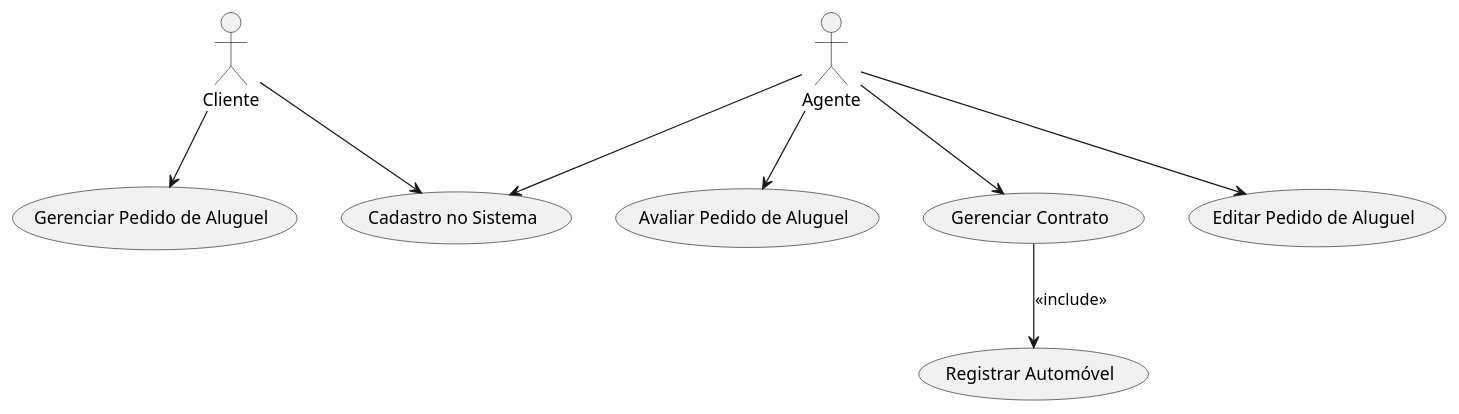
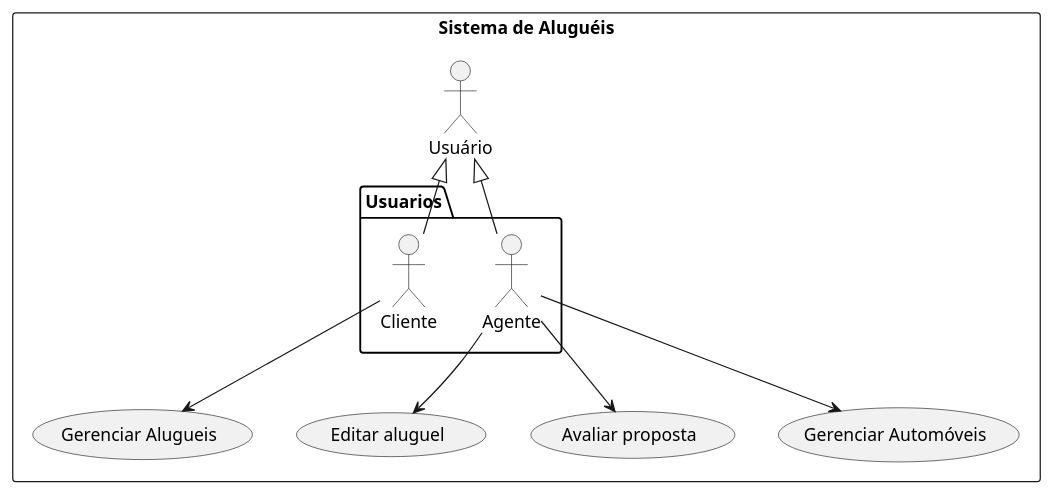
Before and after one commit to Artureba/Lab02_LDS: the diagram in Lab02-Desenv-Software/projeto/Caso de Uso/Caso_de_Uso.puml, drawn with PlantUML. The commit also changed 1 other file, not shown here.

Commit message:
Atualização Caso de uso e Diagrama de Classe

```diff
--- a/Lab02-Desenv-Software/projeto/Caso de Uso/Caso_de_Uso.puml
+++ b/Lab02-Desenv-Software/projeto/Caso de Uso/Caso_de_Uso.puml
@@ -1,23 +1,28 @@
 @startuml Sistema de Aluguel de Carros
 
-actor Cliente
-actor Agente
 
-usecase "Cadastro no Sistema" as UC1
-usecase "Gerenciar Pedido de Aluguel" as UC2
-usecase "Editar Pedido de Aluguel" as UC3
-usecase "Avaliar Pedido de Aluguel" as UC4
-usecase "Gerenciar Contrato" as UC5
-usecase "Registrar Automóvel" as UC6
+rectangle "Sistema de Aluguéis" {
+    
+    actor Usuário
+    
+    package Usuarios {
+        actor Cliente
+        actor Agente
+    }
 
-Cliente --> UC1
-Cliente --> UC2
+    Usuário  <|-- Agente  
+    Usuário  <|-- Cliente  
 
-Agente --> UC1
-Agente --> UC3
-Agente --> UC4
-Agente --> UC5
+    usecase "Gerenciar Alugueis"   as UC2
+    usecase "Editar aluguel"      as UC3
+    usecase "Avaliar proposta"     as UC4
+    usecase "Gerenciar Automóveis" as UC6
 
-UC5 --> UC6 : "<<include>>"
+    Cliente --> UC2
+
+    Agente --> UC3
+    Agente --> UC4
+    Agente --> UC6
+}
 
 @enduml
```
